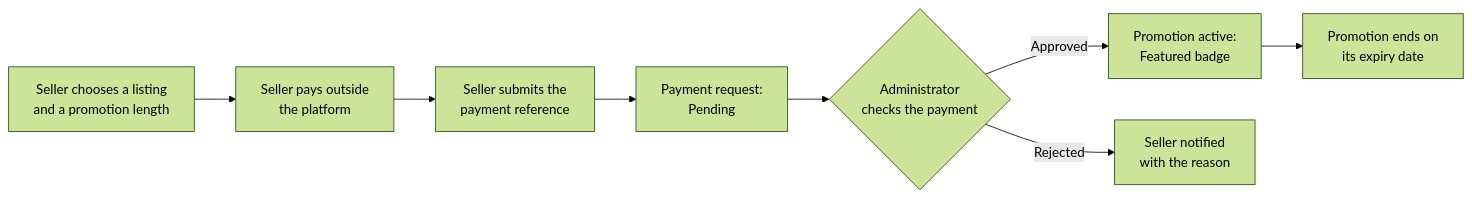
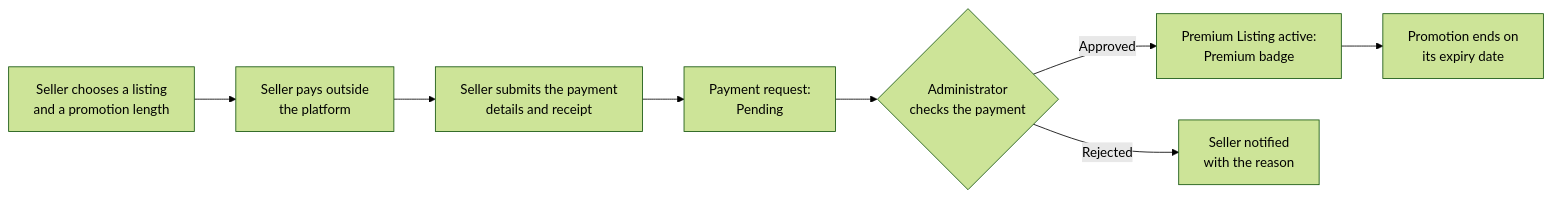
One commit to maliha-shazad/PickingPrice changed the fourth of 7 diagrams in docs/ANALYSIS_MODELS.md. Above: the diagram before and after it, drawn with Mermaid (forest theme). The commit also changed other lines of this file and 62 other files, not shown here.

````diff
--- a/docs/ANALYSIS_MODELS.md
+++ b/docs/ANALYSIS_MODELS.md
@@ -72,10 +73,10 @@
 ```mermaid
 flowchart LR
   A[Seller chooses a listing<br/>and a promotion length] --> B[Seller pays outside<br/>the platform]
-  B --> C[Seller submits the<br/>payment reference]
+  B --> C[Seller submits the payment<br/>details and receipt]
   C --> D[Payment request:<br/>Pending]
   D --> E{Administrator<br/>checks the payment}
-  E -- Approved --> F[Promotion active:<br/>Featured badge]
+  E -- Approved --> F[Premium Listing active:<br/>Premium badge]
   E -- Rejected --> G[Seller notified<br/>with the reason]
   F --> H[Promotion ends on<br/>its expiry date]
 ```
````
